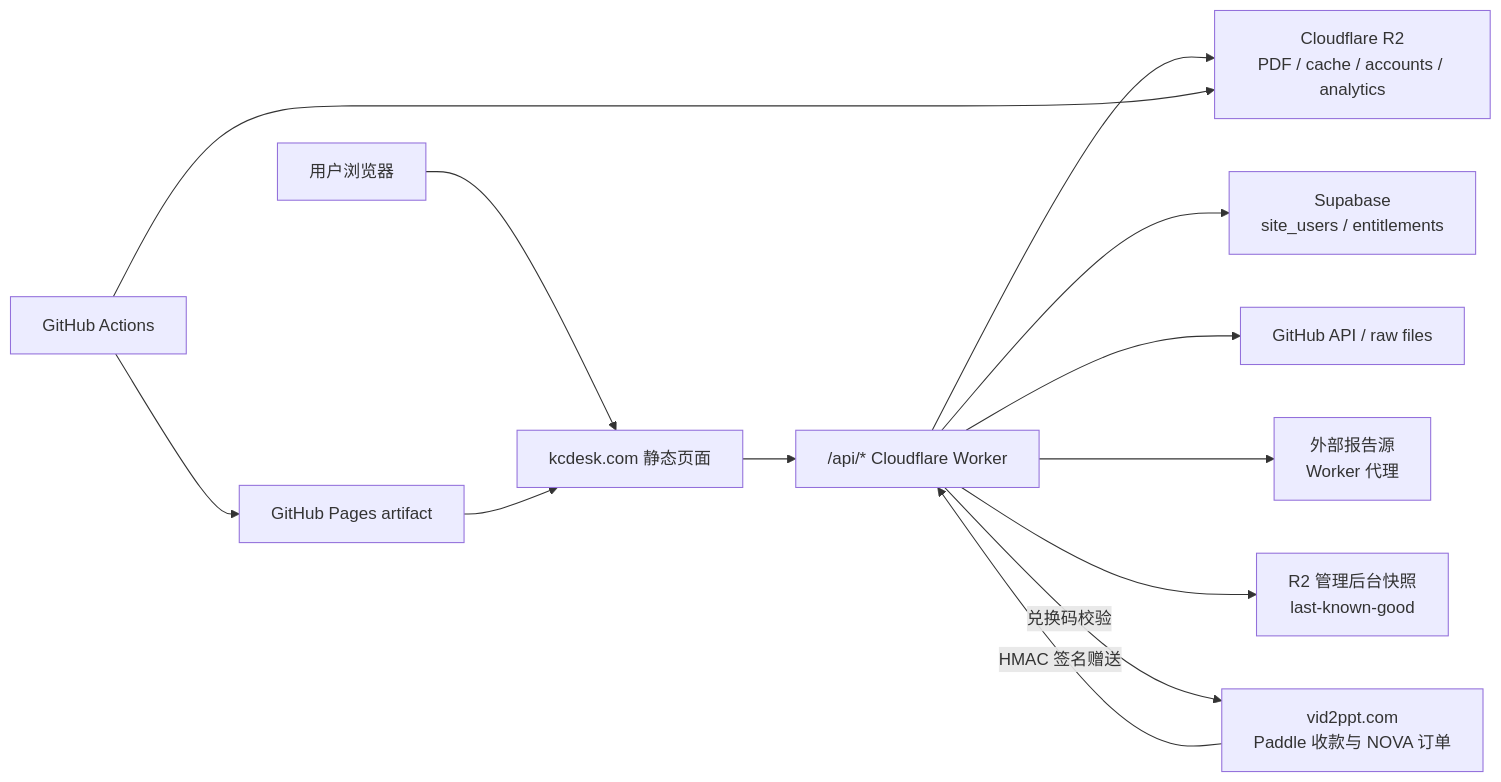
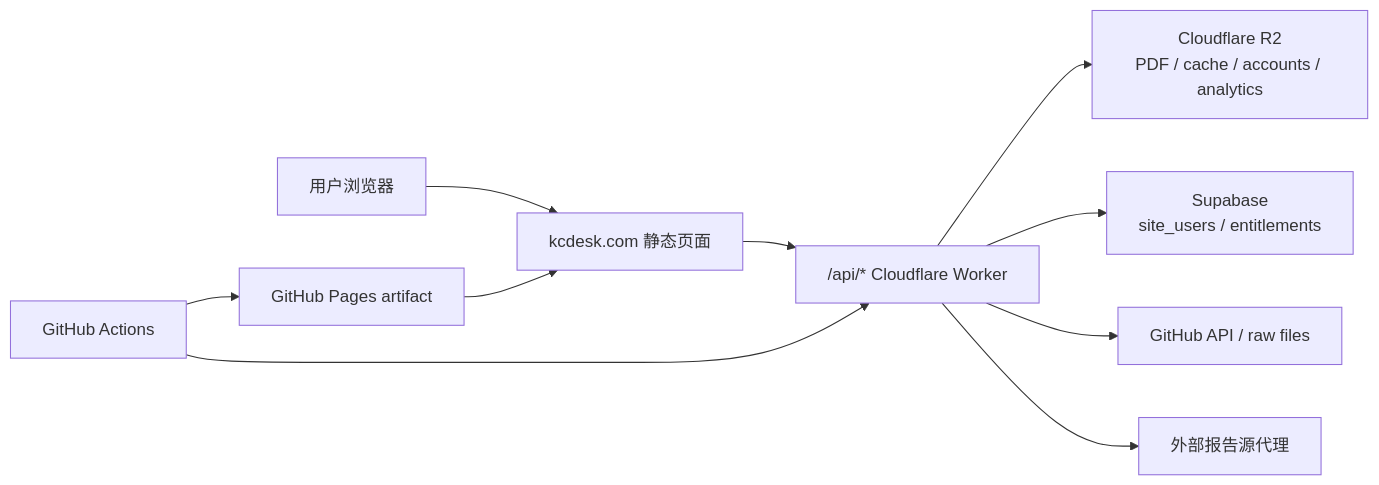
Before and after one commit to yt-feng/rpt_edit: the diagram in docs/kcdesk-architecture.md, drawn with Mermaid. The commit also changed other lines of this file and 9 other files, not shown here.

Commit message:
Detach KCdesk access from Vid2PPT payments

````diff
--- a/docs/kcdesk-architecture.md
+++ b/docs/kcdesk-architecture.md
@@ -20,15 +20,12 @@
 ```mermaid
 flowchart LR
-  U["用户浏览器"] --> D["kcdesk.com 静态页面"]
-  D --> API["/api/* Cloudflare Worker"]
+  U["用户浏览器"] --> SITE["kcdesk.com 静态页面"]
+  SITE --> API["/api/* Cloudflare Worker"]
   API --> R2["Cloudflare R2<br/>PDF / cache / accounts / analytics"]
   API --> SB["Supabase<br/>site_users / entitlements"]
   API --> GH["GitHub API / raw files"]
-  API --> EXT["外部报告源<br/>Worker 代理"]
-  API --> SNAP["R2 管理后台快照<br/>last-known-good"]
-  VID["vid2ppt.com<br/>Paddle 收款与 NOVA 订单"] -->|"HMAC 签名赠送"| API
-  API -->|"兑换码校验"| VID
+  API --> EXT["外部报告源代理"]
   GHA["GitHub Actions"] --> PAGES["GitHub Pages artifact"]
-  GHA --> R2
-  PAGES --> D
+  GHA --> API
+  PAGES --> SITE
 ```
````
